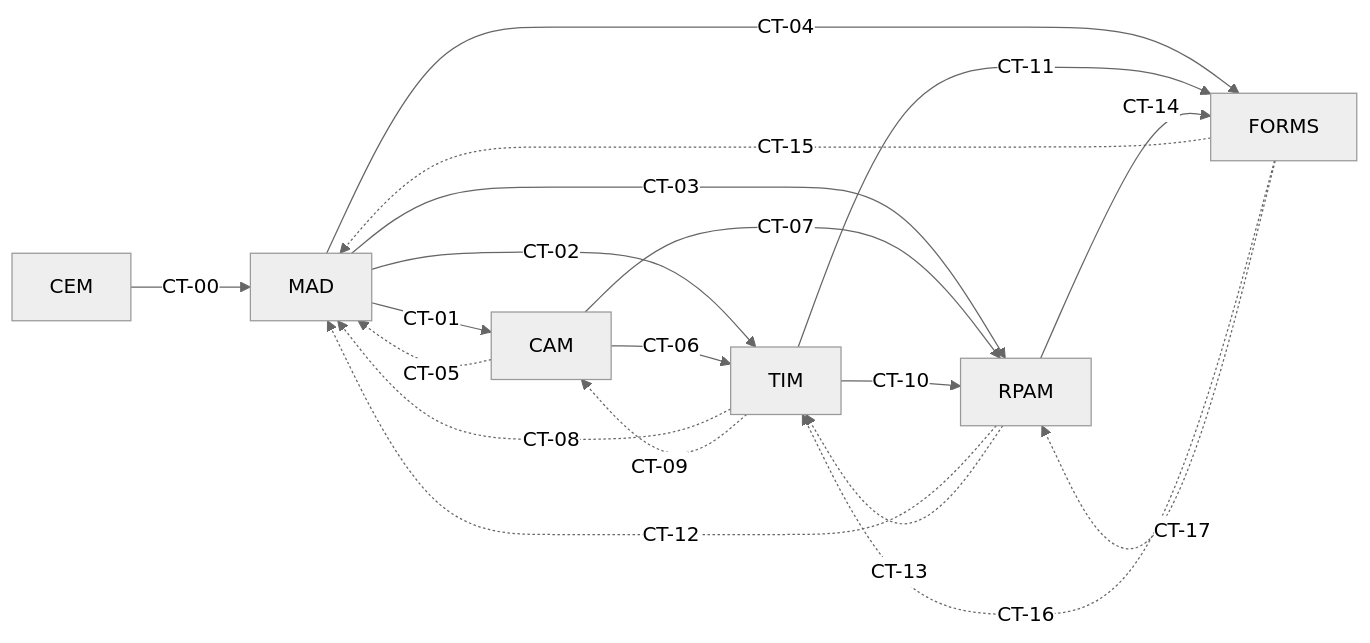
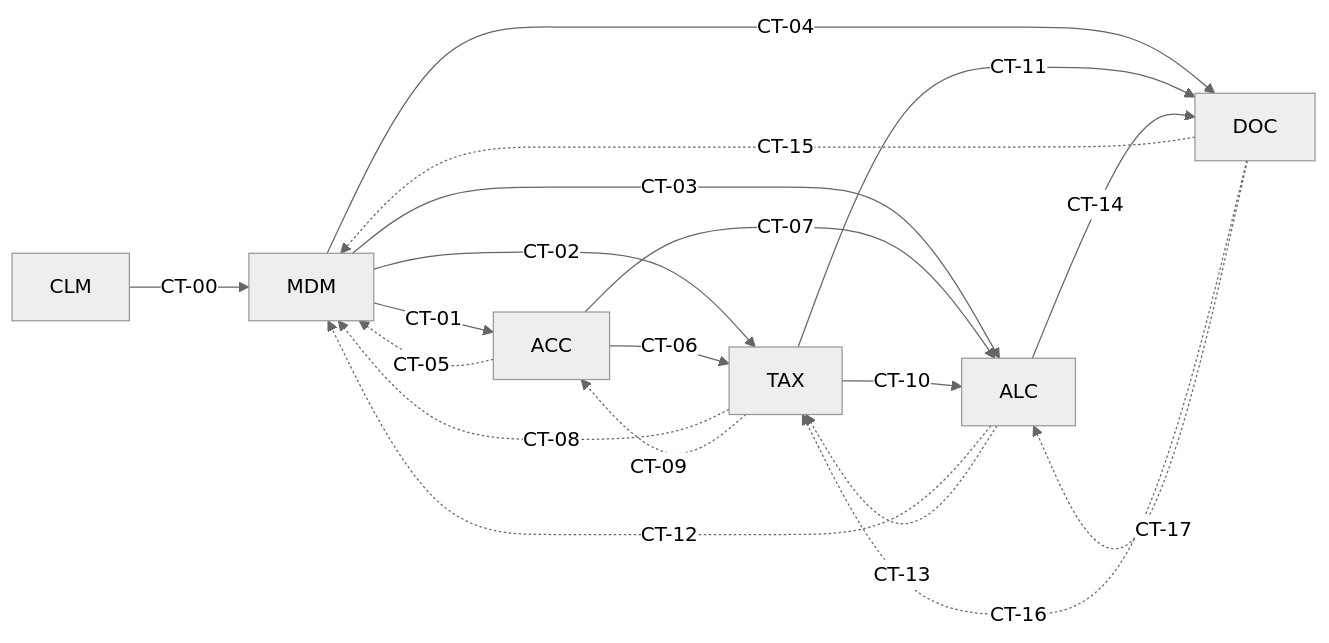
One commit to Avinash258/contract-testing-business-demo changed the second of 3 diagrams in docs/ARCHITECTURE.md. Above: the diagram before and after it, drawn with Mermaid (neutral theme). The commit also changed other lines of this file and 9 other files, not shown here.

First line of the commit message:
Update TaxMesh documentation and frontend styles for new microservices architecture

````diff
--- a/docs/ARCHITECTURE.md
+++ b/docs/ARCHITECTURE.md
@@ -77,21 +88,21 @@
 ```mermaid
 flowchart LR
-  CEM -->|CT-00| MAD
-  MAD -->|CT-01| CAM
-  MAD -->|CT-02| TIM
-  MAD -->|CT-03| RPAM
-  MAD -->|CT-04| FORMS
-  CAM -->|CT-06| TIM
-  CAM -->|CT-07| RPAM
-  TIM -->|CT-10| RPAM
-  TIM -->|CT-11| FORMS
-  RPAM -->|CT-14| FORMS
-  CAM -.->|CT-05| MAD
-  TIM -.->|CT-08| MAD
-  TIM -.->|CT-09| CAM
-  RPAM -.->|CT-12| MAD
-  RPAM -.->|CT-13| TIM
-  FORMS -.->|CT-15| MAD
-  FORMS -.->|CT-16| TIM
-  FORMS -.->|CT-17| RPAM
+  CLM -->|CT-00| MDM
+  MDM -->|CT-01| ACC
+  MDM -->|CT-02| TAX
+  MDM -->|CT-03| ALC
+  MDM -->|CT-04| DOC
+  ACC -->|CT-06| TAX
+  ACC -->|CT-07| ALC
+  TAX -->|CT-10| ALC
+  TAX -->|CT-11| DOC
+  ALC -->|CT-14| DOC
+  ACC -.->|CT-05| MDM
+  TAX -.->|CT-08| MDM
+  TAX -.->|CT-09| ACC
+  ALC -.->|CT-12| MDM
+  ALC -.->|CT-13| TAX
+  DOC -.->|CT-15| MDM
+  DOC -.->|CT-16| TAX
+  DOC -.->|CT-17| ALC
 ```
````
